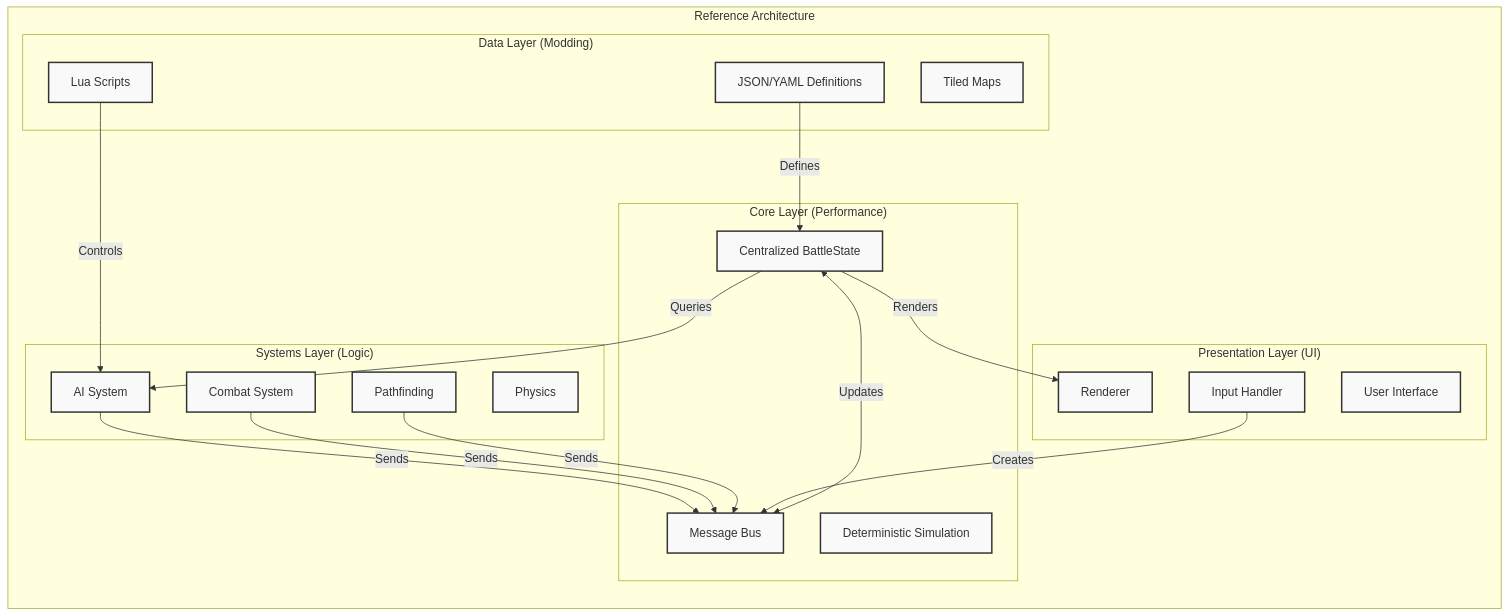
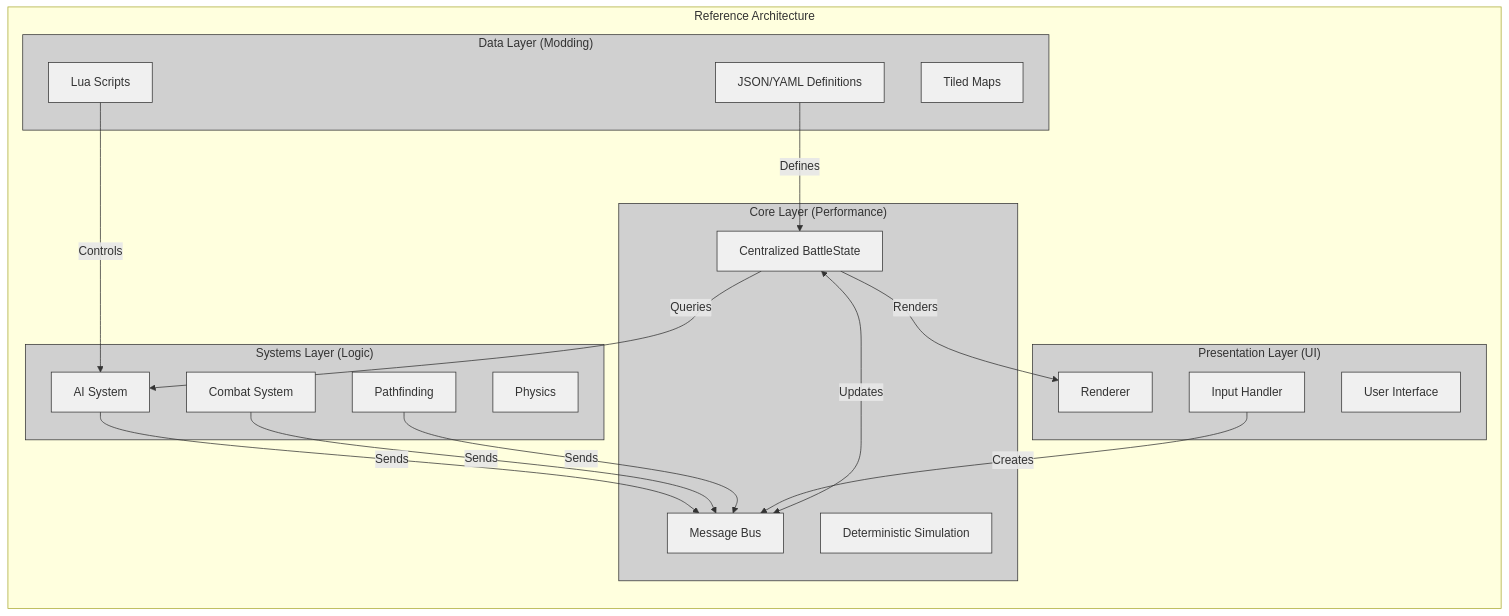
One commit to jukofyork/close-combat-architecture-study changed the fourth of 5 diagrams in chapter_10_recommendations.md. Above: the diagram before and after it, drawn with Mermaid. The commit also changed other lines of this file and 15 other files, not shown here.

````diff
--- a/chapter_10_recommendations.md
+++ b/chapter_10_recommendations.md
@@ -817,46 +833,46 @@
 ```mermaid
 flowchart TB
     subgraph "Reference Architecture"
         direction TB
 
-        subgraph "Core Layer (Performance)"
+        subgraph CoreLayer["Core Layer (Performance)"]
             SIM[Deterministic Simulation]
             MSG[Message Bus]
             STATE[Centralized BattleState]
         end
 
-        subgraph "Data Layer (Modding)"
+        subgraph DataLayer["Data Layer (Modding)"]
             JSON[JSON/YAML Definitions]
             LUA[Lua Scripts]
             TMUX[Tiled Maps]
         end
 
-        subgraph "Systems Layer (Logic)"
+        subgraph SystemsLayer["Systems Layer (Logic)"]
             AI[AI System]
             COM[Combat System]
             PF[Pathfinding]
             PHY[Physics]
         end
 
-        subgraph "Presentation Layer (UI)"
+        subgraph PresentationLayer["Presentation Layer (UI)"]
             RENDER[Renderer]
             INPUT[Input Handler]
             UI[User Interface]
         end
 
         JSON -->|Defines| STATE
         LUA -->|Controls| AI
         MSG <-->|Updates| STATE
         STATE -->|Queries| AI
         AI -->|Sends| MSG
         COM -->|Sends| MSG
         PF -->|Sends| MSG
         STATE -->|Renders| RENDER
         INPUT -->|Creates| MSG
     end
 
-    classDef default fill:#f9f9f9,stroke:#333,stroke-width:2px
-    classDef layer fill:#e8f5e9,stroke:#2e7d32,stroke-width:2px
+    classDef default fill:#f0f0f0,stroke:#333,stroke-width:1px
+    classDef layer fill:#d0d0d0,stroke:#333,stroke-width:1px
     class CoreLayer,DataLayer,SystemsLayer,PresentationLayer layer
     class SIM,MSG,STATE,JSON,LUA,TMUX,AI,COM,PF,PHY,RENDER,INPUT,UI default
 ```
````
